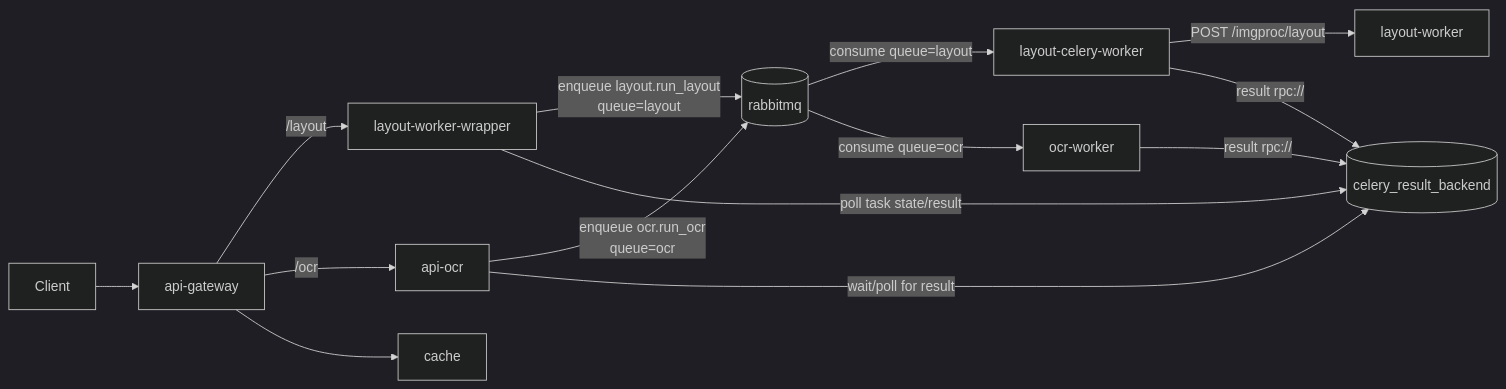
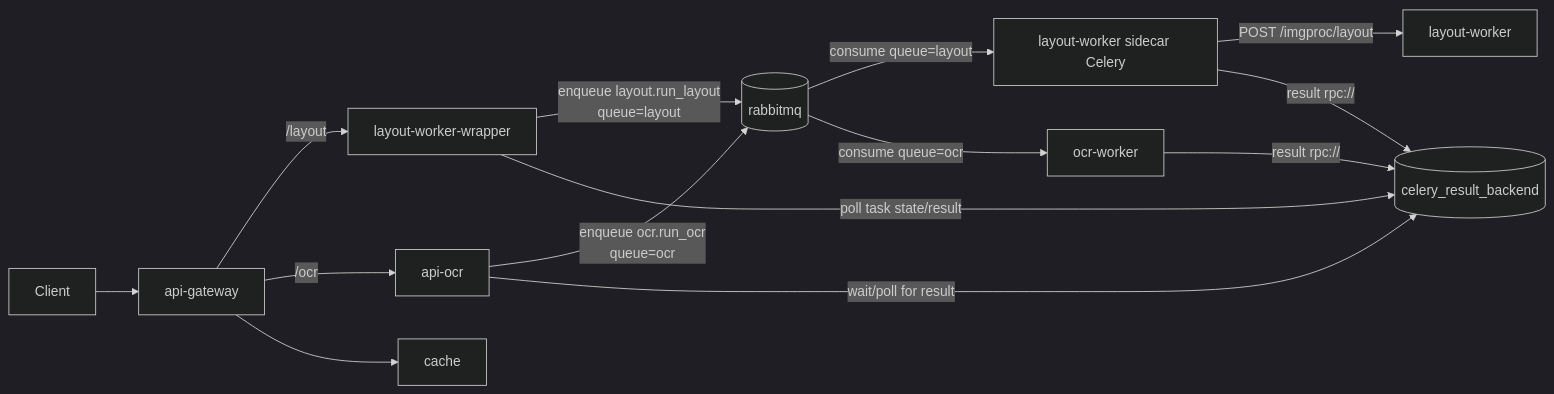
Before and after one commit to mezanno/global-api-draft: the diagram in README.md, drawn with Mermaid (dark theme). The commit also changed other lines of this file and 3 other files, not shown here.

First line of the commit message:
fix: properly scale layout analysis with sidecar pattern

````diff
--- a/README.md
+++ b/README.md
@@ -50,19 +61,19 @@
 ```mermaid
 flowchart LR
   client[Client] --> gateway[api-gateway]
 
   gateway -->|/layout| layoutApi[layout-worker-wrapper]
   layoutApi -->|enqueue layout.run_layout\nqueue=layout| broker[(rabbitmq)]
-  broker -->|consume queue=layout| layoutCelery[layout-celery-worker]
+  broker -->|consume queue=layout| layoutCelery[layout-worker sidecar Celery]
   layoutCelery -->|POST /imgproc/layout| layoutSrv[layout-worker]
   layoutCelery -->|result rpc://| resultBackend[(celery_result_backend)]
   layoutApi -->|poll task state/result| resultBackend
 
   gateway -->|/ocr| ocrApi[api-ocr]
   ocrApi -->|enqueue ocr.run_ocr\nqueue=ocr| broker
   broker -->|consume queue=ocr| ocrWorker[ocr-worker]
   ocrWorker -->|result rpc://| resultBackend
   ocrApi -->|wait/poll for result| resultBackend
 
   gateway --> cache[cache]
 ```
````
